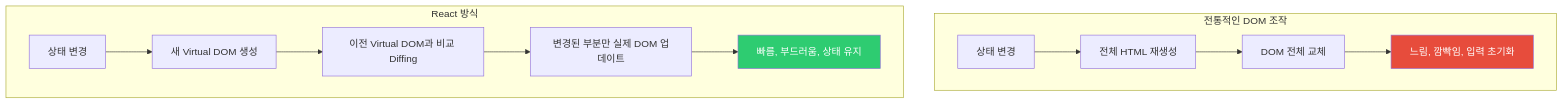
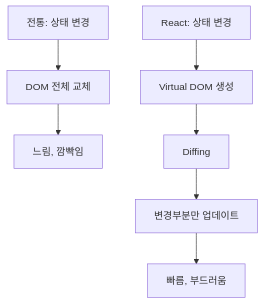
Before and after one commit to yjkim2015/yjkim2015.github.io: the first of 6 diagrams in _posts/frontend/2026-05-02-react-fundamentals.md, drawn with Mermaid. The commit also changed other lines of this file and 215 other files, not shown here.

First line of the commit message:
신규 포스트 10개 추가 + Mermaid 전면 축소 + SystemDesign 시리즈 보강

````diff
--- a/_posts/frontend/2026-05-02-react-fundamentals.md
+++ b/_posts/frontend/2026-05-02-react-fundamentals.md
@@ -24,18 +24,5 @@
 ```mermaid
 graph TD
-    subgraph "전통적인 DOM 조작"
-        A["상태 변경"] --> B["전체 HTML 재생성"]
-        B --> C["DOM 전체 교체"]
-        C --> D["느림, 깜빡임, 입력 초기화"]
-    end
-
-    subgraph "React 방식"
-        E["상태 변경"] --> F["새 Virtual DOM 생성"]
-        F --> G["이전 Virtual DOM과 비교 Diffing"]
-        G --> H["변경된 부분만 실제 DOM 업데이트"]
-        H --> I["빠름, 부드러움, 상태 유지"]
-    end
-
-    style D fill:#e74c3c,color:#fff
-    style I fill:#2ecc71,color:#fff
+    A["전통: 상태 변경"] --> B["DOM 전체 교체"] --> D["느림, 깜빡임"]
+    E["React: 상태 변경"] --> F["Virtual DOM 생성"] --> G["Diffing"] --> H["변경부분만 업데이트"] --> I["빠름, 부드러움"]
 ```
````
